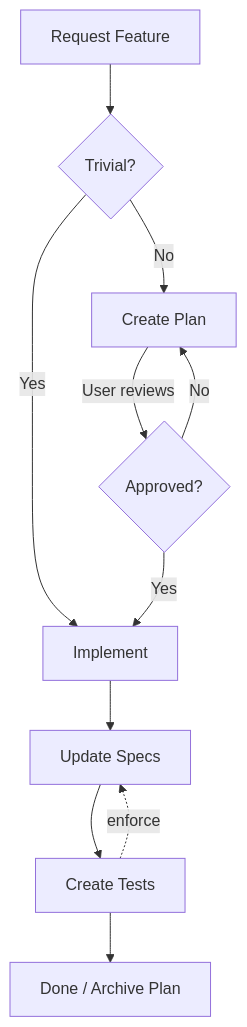
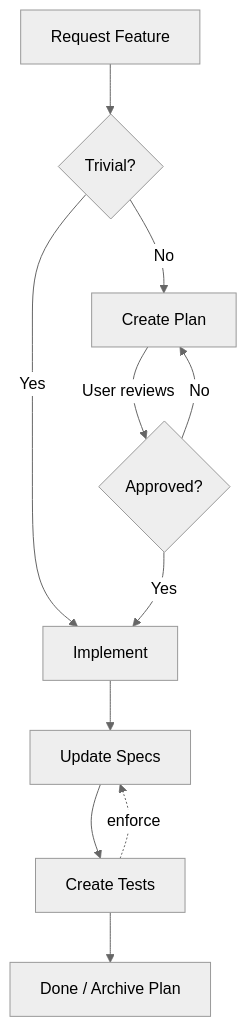
The diagram in assets/building-features.mmd (ftzi/livespec), drawn with Mermaid before and after one commit. The commit also changed 4 other files, not shown here.

First line of the commit message:
Enhance livespec-sync diagram with new theme and styles

```diff
--- a/assets/building-features.mmd
+++ b/assets/building-features.mmd
@@ -1,11 +1,12 @@
+%%{init: {'theme': 'neutral', 'themeVariables': { 'lineColor': '#666666', 'primaryTextColor': '#333333', 'primaryColor': '#e8e8e8', 'primaryBorderColor': '#999999' }}}%%
 flowchart TD
     A[Request Feature] --> B{Trivial?}
     B -->|Yes| D[Implement]
     B -->|No| C[Create Plan]
     C -->|User reviews| E{Approved?}
     E -->|No| C
     E -->|Yes| D
     D --> F[Update Specs]
     F --> G[Create Tests]
     G -.->|enforce| F
     G --> H[Done / Archive Plan]
```
